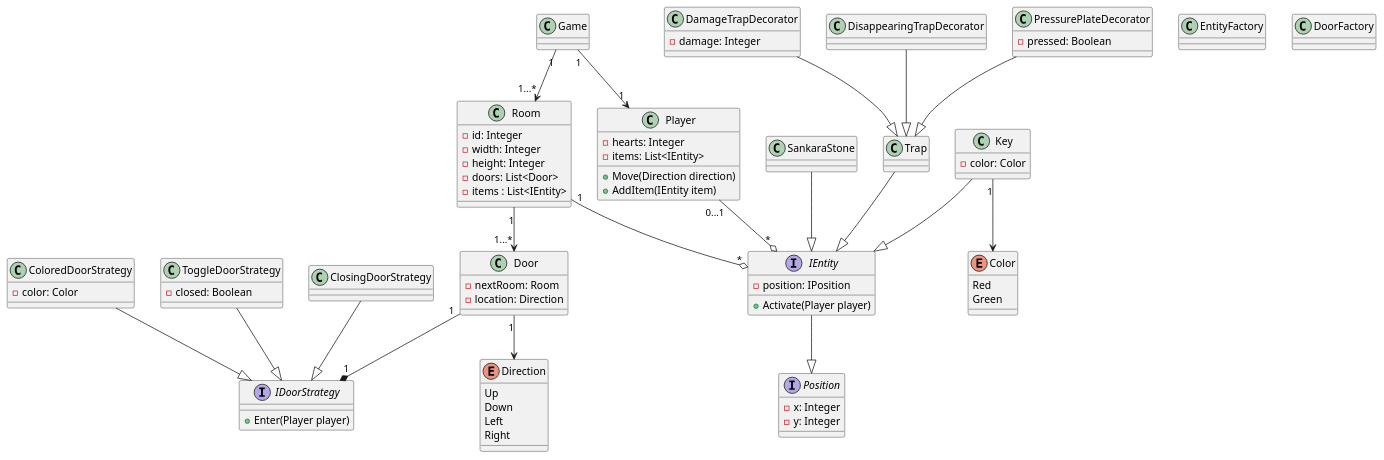
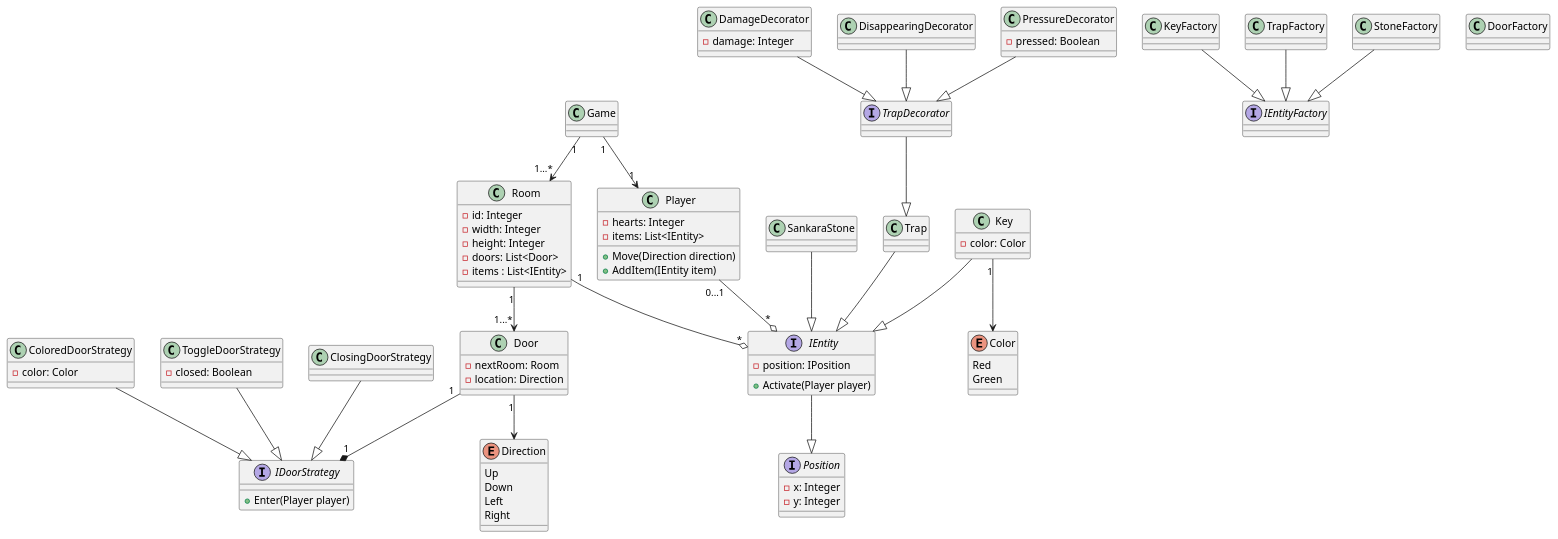
One commit to gillescoolen/code-design changed the diagram in docs/diagram.plantuml. Above: the diagram before and after it, drawn with PlantUML.

Commit message:
Update class diagram

```diff
--- a/docs/diagram.plantuml
+++ b/docs/diagram.plantuml
@@ -1,129 +1,139 @@
 @startuml temple_of_doom
 /' 
   This document contains the class diagram for the 'soon' to be world famous console game called:
 
   ▄▄▄█████▓▓█████  ███▄ ▄███▓ ██▓███   ██▓    ▓█████     ▒█████    █████▒   ▓█████▄  ▒█████   ▒█████   ███▄ ▄███▓
   ▓  ██▒ ▓▒▓█   ▀ ▓██▒▀█▀ ██▒▓██░  ██▒▓██▒    ▓█   ▀    ▒██▒  ██▒▓██   ▒    ▒██▀ ██▌▒██▒  ██▒▒██▒  ██▒▓██▒▀█▀ ██▒
   ▒ ▓██░ ▒░▒███   ▓██    ▓██░▓██░ ██▓▒▒██░    ▒███      ▒██░  ██▒▒████ ░    ░██   █▌▒██░  ██▒▒██░  ██▒▓██    ▓██░
   ░ ▓██▓ ░ ▒▓█  ▄ ▒██    ▒██ ▒██▄█▓▒ ▒▒██░    ▒▓█  ▄    ▒██   ██░░▓█▒  ░    ░▓█▄   ▌▒██   ██░▒██   ██░▒██    ▒██ 
     ▒██▒ ░ ░▒████▒▒██▒   ░██▒▒██▒ ░  ░░██████▒░▒████▒   ░ ████▓▒░░▒█░       ░▒████▓ ░ ████▓▒░░ ████▓▒░▒██▒   ░██▒
     ▒ ░░   ░░ ▒░ ░░ ▒░   ░  ░▒▓▒░ ░  ░░ ▒░▓  ░░░ ▒░ ░   ░ ▒░▒░▒░  ▒ ░        ▒▒▓  ▒ ░ ▒░▒░▒░ ░ ▒░▒░▒░ ░ ▒░   ░  ░
       ░     ░ ░  ░░  ░      ░░▒ ░     ░ ░ ▒  ░ ░ ░  ░     ░ ▒ ▒░  ░          ░ ▒  ▒   ░ ▒ ▒░   ░ ▒ ▒░ ░  ░      ░
     ░         ░   ░      ░   ░░         ░ ░      ░      ░ ░ ░ ▒   ░ ░        ░ ░  ░ ░ ░ ░ ▒  ░ ░ ░ ▒  ░      ░   
               ░  ░       ░                ░  ░   ░  ░       ░ ░                ░        ░ ░      ░ ░         ░   
                                                                             ░                         
   For information on the syntax, please visit https://plantuml.com/class-diagram!
 '/
 
 /' 1. Enums '/
 
 enum Direction {
   Up
   Down
   Left
   Right
 }
 
 enum Color {
   Red
   Green
 }
 
 /' 2. Interfaces '/
 
 interface Position {
   - x: Integer
   - y: Integer
 }
 
 interface IEntity {
   - position: IPosition
   + Activate(Player player)
 }
 
 interface IDoorStrategy {
   + Enter(Player player)
 }
 
 /' 3. Classes '/
 
 class Game
 
 class Player {
   - hearts: Integer
   - items: List<IEntity>
   + Move(Direction direction)
   + AddItem(IEntity item)
 }
 
 class Room {
   - id: Integer
   - width: Integer
   - height: Integer
   - doors: List<Door>
   - items : List<IEntity>
 }
 
 class Door {
   - nextRoom: Room
   - location: Direction
 }
 
 class ColoredDoorStrategy {
   - color: Color
 }
 
 class ToggleDoorStrategy {
   - closed: Boolean
 }
 
 class ClosingDoorStrategy
 
 class Key {
   - color: Color
 }
 
 class SankaraStone 
 
 class Trap
 
-class DamageTrapDecorator {
+interface TrapDecorator
+
+class DamageDecorator {
   - damage: Integer
 }
 
-class DisappearingTrapDecorator
+class DisappearingDecorator
 
-class PressurePlateDecorator {
+class PressureDecorator {
   - pressed: Boolean
 }
 
 
 /' Factories '/
-class EntityFactory
+interface IEntityFactory
+class KeyFactory
+class TrapFactory
+class StoneFactory
 class DoorFactory
 
 /' Relations '/
 
 Key "1" --> Color
 Door "1" --> Direction
 Game "1" --> "1" Player
 Game "1" --> "1...*" Room
 Room "1" --> "1...*" Door
 
 Room "1" --o "*" IEntity
 Player "0...1" --o "*" IEntity
 Door "1" --* "1" IDoorStrategy
 
 Key --|> IEntity
 Trap --|> IEntity
 IEntity --|> Position
 SankaraStone --|> IEntity
 
-DamageTrapDecorator --|> Trap
-PressurePlateDecorator --|> Trap
-DisappearingTrapDecorator --|> Trap
+TrapDecorator --|> Trap
+DamageDecorator --|> TrapDecorator
+PressureDecorator --|> TrapDecorator
+DisappearingDecorator --|> TrapDecorator
 
 ColoredDoorStrategy --|> IDoorStrategy
 ToggleDoorStrategy --|> IDoorStrategy
 ClosingDoorStrategy --|> IDoorStrategy
+
+KeyFactory --|> IEntityFactory
+TrapFactory --|> IEntityFactory
+StoneFactory --|> IEntityFactory
 @enduml
```
